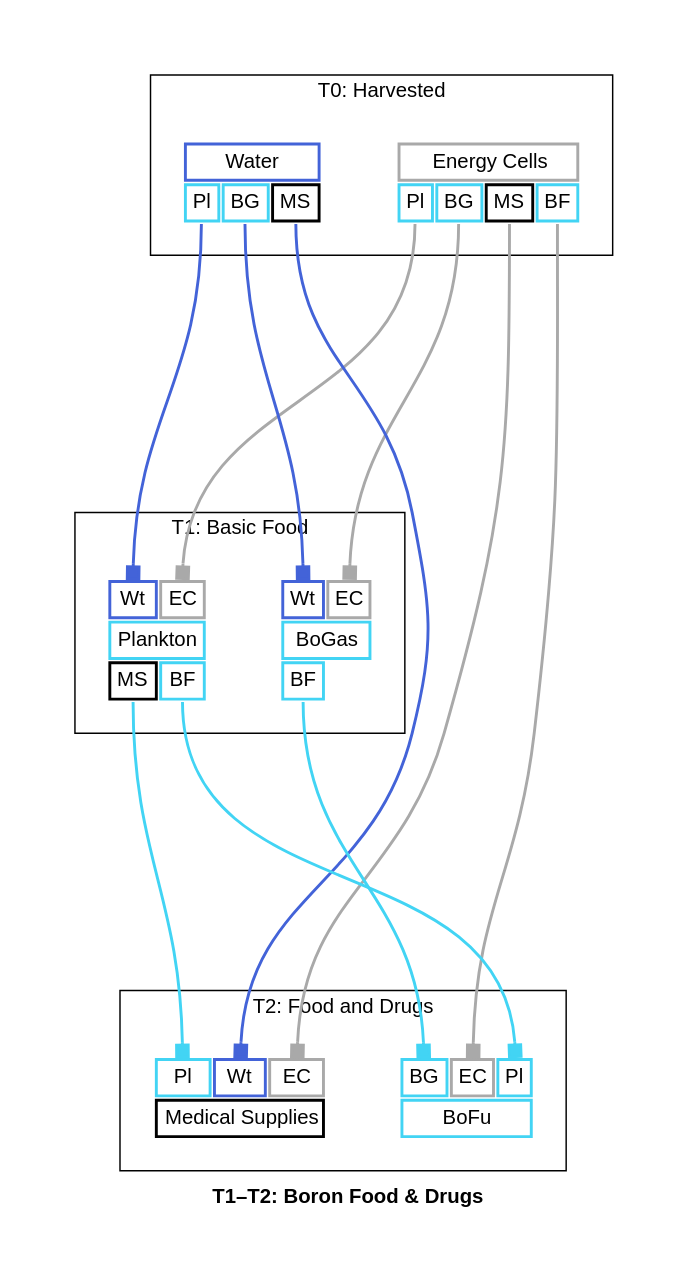
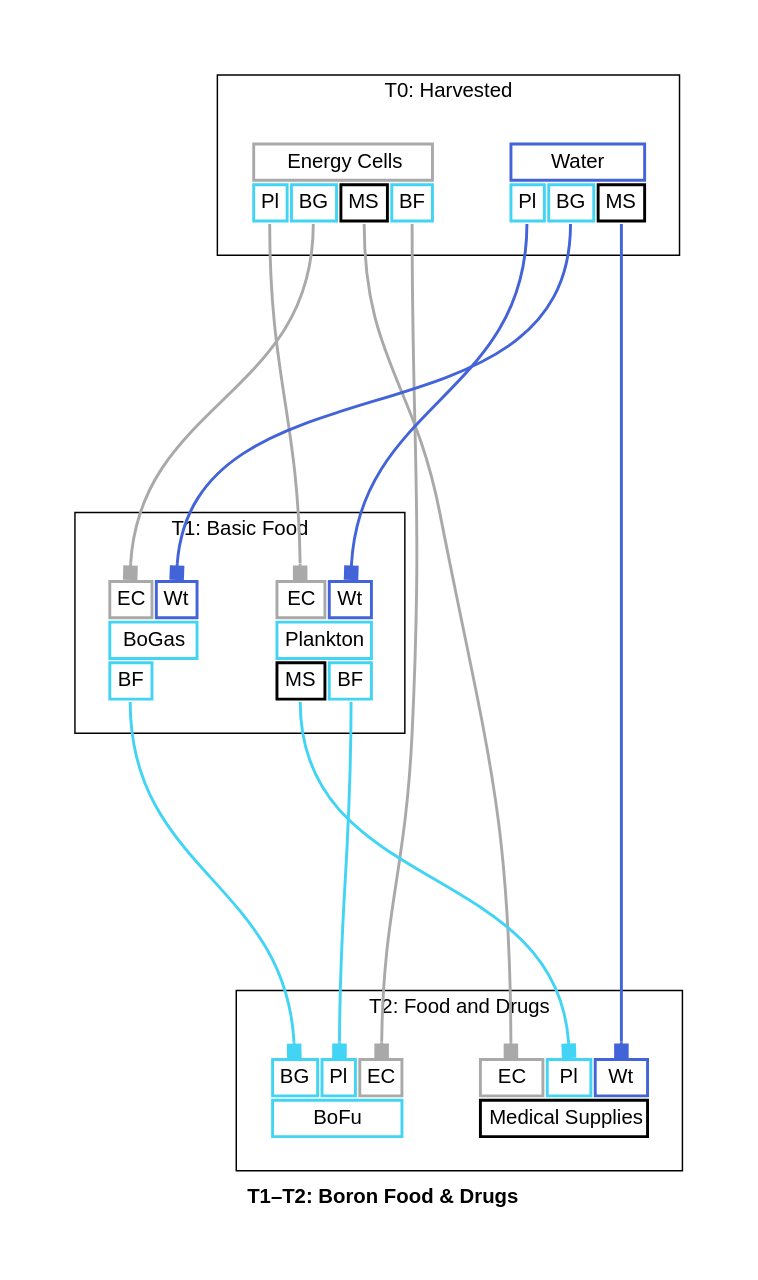
The diagram in docs/t1_t2_boron_food_drugs_graph_full.dot (borntyping/x4-diagrams), drawn with Graphviz before and after one commit. The commit also changed other lines of this file and 72 other files, not shown here.

Commit message:
Show spice recipe on food diagrams

```diff
--- a/docs/t1_t2_boron_food_drugs_graph_full.dot
+++ b/docs/t1_t2_boron_food_drugs_graph_full.dot
@@ -1,141 +1,141 @@
 digraph "X4 Economy" {
 	edge [arrowType=normal]
 	compound=true fontname="Helvetica,Arial,sans-serif"
 	label=<<b>T1–T2: Boron Food &amp; Drugs</b>>
 	graph [nodesep=0.3 pad=0.5 ranksep=3]
 	node [color=slategray1 fontname="Helvetica,Arial,sans-serif" margin=0.2 penwidth=2.0 shape=plaintext]
 	edge [arrowhead=normal arrowsize=1.0 fontname="Helvetica,Arial,sans-serif" headport=n penwidth=2.0 tailport=s]
 	subgraph 0 {
 		cluster=true label="T0: Harvested"
 		energy_cells [label=<<table border="0" cellborder="2" cellpadding="4" cellspacing="1" fixedsize="false" id="energy_cells" port="output">
   
   <tr>
     <td align="text" bgcolor="white" color="#a9a9a9" colspan="4">Energy Cells</td>
   </tr>
   
     <tr>
       
         <td align="text" bgcolor="white" color="#42d4f4" port="plankton">Pl</td>
       
         <td align="text" bgcolor="white" color="#42d4f4" port="bogas">BG</td>
       
         <td align="text" bgcolor="white" color="#000000" port="medical_supplies">MS</td>
       
         <td align="text" bgcolor="white" color="#42d4f4" port="bofu">BF</td>
       
     </tr>
   
 </table>>]
 		water [label=<<table border="0" cellborder="2" cellpadding="4" cellspacing="1" fixedsize="false" id="water" port="output">
   
   <tr>
     <td align="text" bgcolor="white" color="#4363d8" colspan="3">Water</td>
   </tr>
   
     <tr>
       
         <td align="text" bgcolor="white" color="#42d4f4" port="plankton">Pl</td>
       
         <td align="text" bgcolor="white" color="#42d4f4" port="bogas">BG</td>
       
         <td align="text" bgcolor="white" color="#000000" port="medical_supplies">MS</td>
       
     </tr>
   
 </table>>]
 	}
 	subgraph 1 {
 		cluster=true label="T1: Basic Food"
 		bogas [label=<<table border="0" cellborder="2" cellpadding="4" cellspacing="1" fixedsize="false" id="bogas" port="output">
   
     <tr>
       
+        <td align="text" bgcolor="white" color="#a9a9a9" port="energy_cells">EC</td>
+      
         <td align="text" bgcolor="white" color="#4363d8" port="water">Wt</td>
-      
-        <td align="text" bgcolor="white" color="#a9a9a9" port="energy_cells">EC</td>
       
     </tr>
   
   <tr>
     <td align="text" bgcolor="white" color="#42d4f4" colspan="2">BoGas</td>
   </tr>
   
     <tr>
       
         <td align="text" bgcolor="white" color="#42d4f4" port="bofu">BF</td>
       
     </tr>
   
 </table>>]
 		plankton [label=<<table border="0" cellborder="2" cellpadding="4" cellspacing="1" fixedsize="false" id="plankton" port="output">
   
     <tr>
       
+        <td align="text" bgcolor="white" color="#a9a9a9" port="energy_cells">EC</td>
+      
         <td align="text" bgcolor="white" color="#4363d8" port="water">Wt</td>
-      
-        <td align="text" bgcolor="white" color="#a9a9a9" port="energy_cells">EC</td>
       
     </tr>
   
   <tr>
     <td align="text" bgcolor="white" color="#42d4f4" colspan="2">Plankton</td>
   </tr>
   
     <tr>
       
         <td align="text" bgcolor="white" color="#000000" port="medical_supplies">MS</td>
       
         <td align="text" bgcolor="white" color="#42d4f4" port="bofu">BF</td>
       
     </tr>
   
 </table>>]
 	}
 	subgraph 2 {
 		cluster=true label="T2: Food and Drugs"
 		bofu [label=<<table border="0" cellborder="2" cellpadding="4" cellspacing="1" fixedsize="false" id="bofu" port="output">
   
     <tr>
       
         <td align="text" bgcolor="white" color="#42d4f4" port="bogas">BG</td>
       
+        <td align="text" bgcolor="white" color="#42d4f4" port="plankton">Pl</td>
+      
         <td align="text" bgcolor="white" color="#a9a9a9" port="energy_cells">EC</td>
-      
-        <td align="text" bgcolor="white" color="#42d4f4" port="plankton">Pl</td>
       
     </tr>
   
   <tr>
     <td align="text" bgcolor="white" color="#42d4f4" colspan="3">BoFu</td>
   </tr>
   
 </table>>]
 		medical_supplies [label=<<table border="0" cellborder="2" cellpadding="4" cellspacing="1" fixedsize="false" id="medical_supplies" port="output">
   
     <tr>
       
+        <td align="text" bgcolor="white" color="#a9a9a9" port="energy_cells">EC</td>
+      
         <td align="text" bgcolor="white" color="#42d4f4" port="plankton">Pl</td>
       
         <td align="text" bgcolor="white" color="#4363d8" port="water">Wt</td>
-      
-        <td align="text" bgcolor="white" color="#a9a9a9" port="energy_cells">EC</td>
       
     </tr>
   
   <tr>
     <td align="text" bgcolor="white" color="#000000" colspan="3">Medical Supplies</td>
   </tr>
   
 </table>>]
 	}
 	energy_cells:plankton:s -> plankton:energy_cells:n [arrowhead=box color="#a9a9a9" weight=1.0]
 	water:plankton:s -> plankton:water:n [arrowhead=box color="#4363d8" weight=1.0]
 	energy_cells:bogas:s -> bogas:energy_cells:n [arrowhead=box color="#a9a9a9" weight=1.0]
 	water:bogas:s -> bogas:water:n [arrowhead=box color="#4363d8" weight=1.0]
 	energy_cells:medical_supplies:s -> medical_supplies:energy_cells:n [arrowhead=box color="#a9a9a9" weight=1.0]
 	plankton:medical_supplies:s -> medical_supplies:plankton:n [arrowhead=box color="#42d4f4" weight=1.0]
 	water:medical_supplies:s -> medical_supplies:water:n [arrowhead=box color="#4363d8" weight=1.0]
 	bogas:bofu:s -> bofu:bogas:n [arrowhead=box color="#42d4f4" weight=1.0]
 	energy_cells:bofu:s -> bofu:energy_cells:n [arrowhead=box color="#a9a9a9" weight=1.0]
 	plankton:bofu:s -> bofu:plankton:n [arrowhead=box color="#42d4f4" weight=1.0]
 }
```
